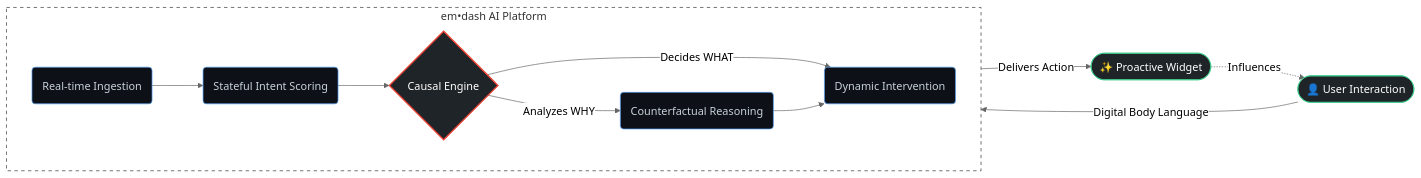
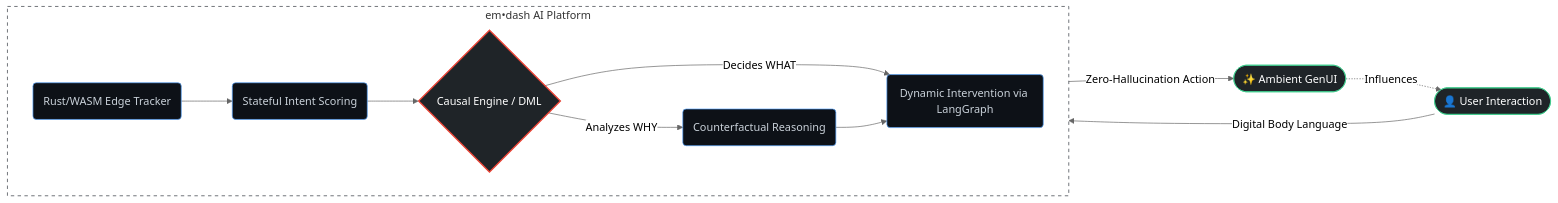
One commit to space-ultra/space-ultra changed the diagram in README.md. Above: the diagram before and after it, drawn with Mermaid (neutral theme). The commit also changed other lines of this file, not shown here.

````diff
--- a/README.md
+++ b/README.md
@@ -48,25 +45,24 @@
 ```mermaid
 flowchart LR
-    A([👤 User Interaction]) -->|"Digital Body Language"| B(Real-time Ingestion)
+    A([👤 User Interaction]) -->|"Digital Body Language"| B(Rust/WASM Edge Tracker)
     
     subgraph Platform ["em•dash AI Platform"]
         direction LR
         B --> C(Stateful Intent Scoring)
-        C --> D{Causal Engine}
+        C --> D{Causal Engine / DML}
         D -->|"Analyzes WHY"| E(Counterfactual Reasoning)
-        D -->|"Decides WHAT"| F(Dynamic Intervention)
+        D -->|"Decides WHAT"| F(Dynamic Intervention via LangGraph)
         E --> F
     end
 
-    F -->|"Delivers Action"| G([✨ Proactive Widget])
+    F -->|"Zero-Hallucination Action"| G([✨ Ambient GenUI])
     G -.->|"Influences"| A
 
     classDef default fill:#0D1117,stroke:#58A6FF,stroke-width:1px,color:#C9D1D9;
     classDef engine fill:#1F2428,stroke:#EA4335,stroke-width:2px,color:#FFF;
     classDef edge fill:#1F2428,stroke:#3ECF8E,stroke-width:1px,color:#FFF;
     
     class D engine;
     class A,G edge;
     style Platform fill:none,stroke:#30363d,stroke-width:1px,stroke-dasharray: 5 5
-
 ```
````
